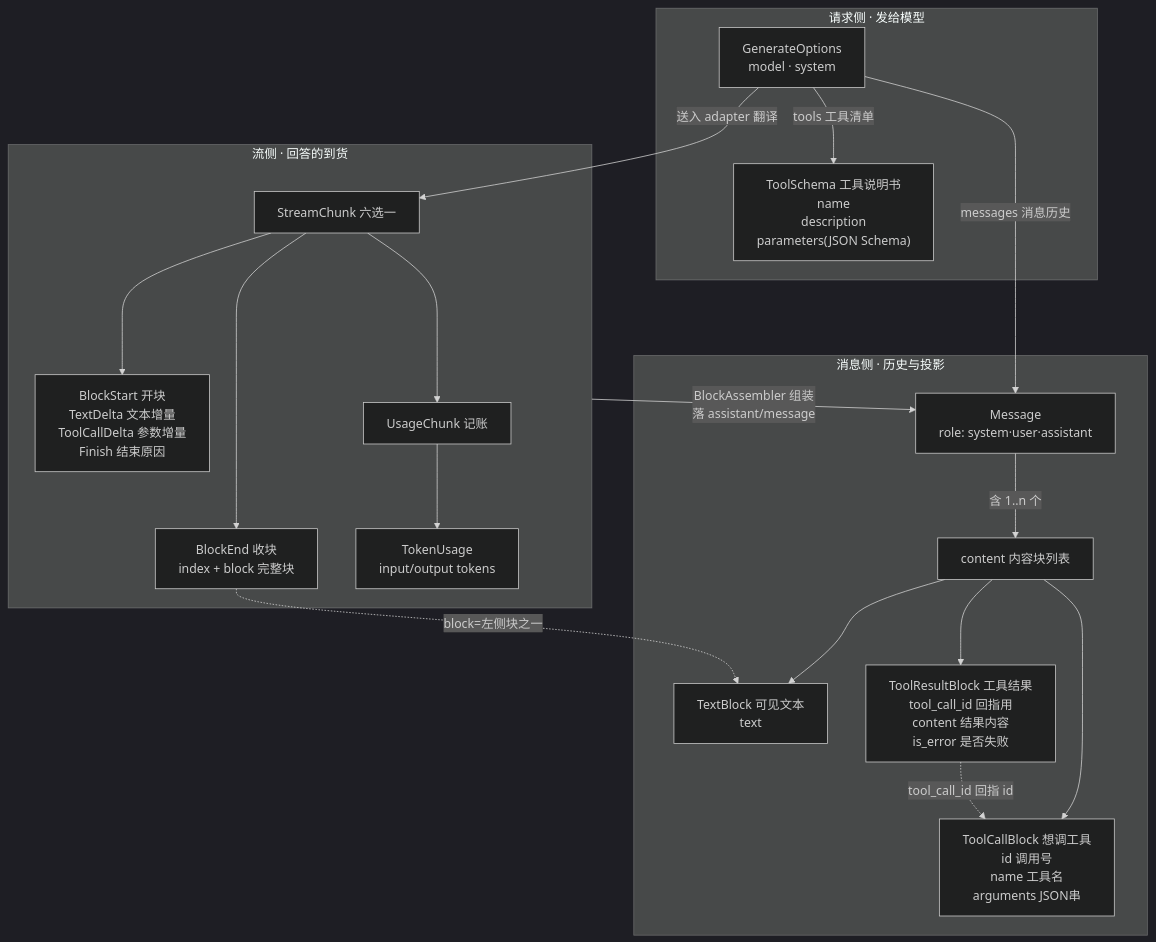
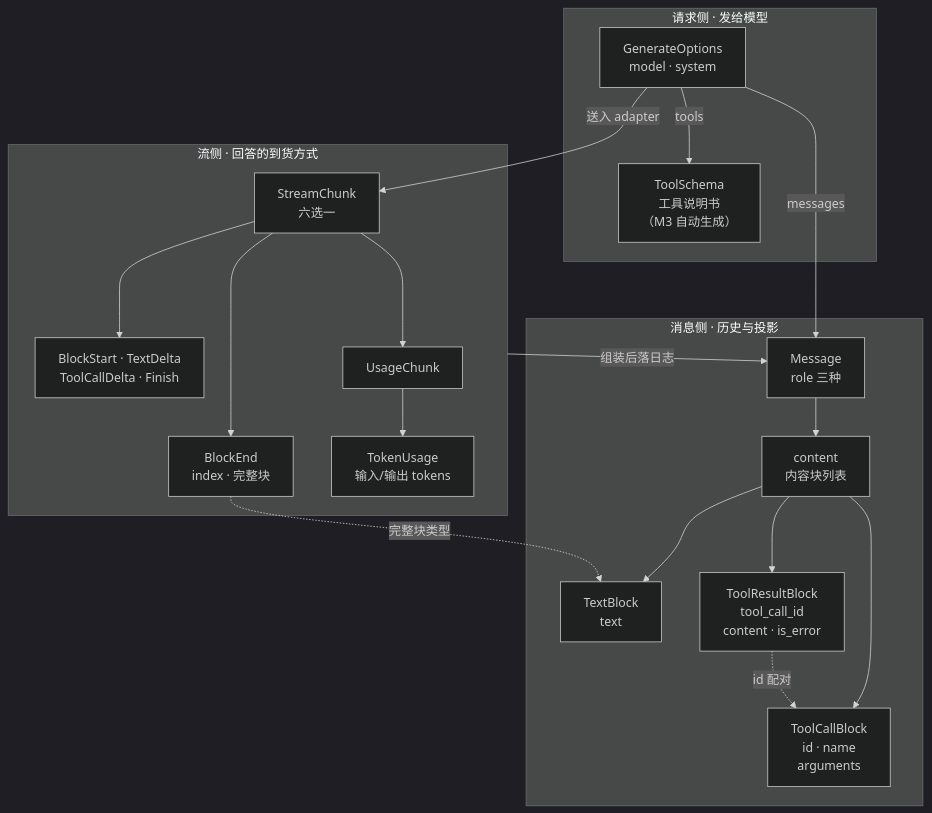
The third of 3 diagrams in notes/00-总览与设计.md (jesongit/learn-dsh), drawn with Mermaid (dark theme) before and after one commit. The commit also changed other lines of this file, not shown here.

Commit message:
docs(00): 词汇地图改回紧凑版，字段细节由下方速查表承载

````diff
--- a/notes/00-总览与设计.md
+++ b/notes/00-总览与设计.md
@@ -144,38 +144,38 @@
 ```mermaid
 %%{init: {"fontFamily": "Microsoft YaHei"}}%%
 flowchart TB
     subgraph REQ["请求侧 · 发给模型"]
         OPT["GenerateOptions<br/>model · system"]
-        TS["ToolSchema 工具说明书<br/>name<br/>description<br/>parameters(JSON Schema)"]
+        TS["ToolSchema<br/>工具说明书<br/>（M3 自动生成）"]
     end
     subgraph MSG["消息侧 · 历史与投影"]
-        M["Message<br/>role: system·user·assistant"]
-        CB["content 内容块列表"]
-        T1["TextBlock 可见文本<br/>text"]
-        T2["ToolCallBlock 想调工具<br/>id 调用号<br/>name 工具名<br/>arguments JSON串"]
-        T3["ToolResultBlock 工具结果<br/>tool_call_id 回指用<br/>content 结果内容<br/>is_error 是否失败"]
+        M["Message<br/>role 三种"]
+        CB["content<br/>内容块列表"]
+        T1["TextBlock<br/>text"]
+        T2["ToolCallBlock<br/>id · name<br/>arguments"]
+        T3["ToolResultBlock<br/>tool_call_id<br/>content · is_error"]
     end
-    subgraph STREAM["流侧 · 回答的到货"]
-        SC["StreamChunk 六选一"]
-        BS["BlockStart 开块<br/>TextDelta 文本增量<br/>ToolCallDelta 参数增量<br/>Finish 结束原因"]
-        BE["BlockEnd 收块<br/>index + block 完整块"]
-        UC["UsageChunk 记账"]
-        TU["TokenUsage<br/>input/output tokens"]
+    subgraph STREAM["流侧 · 回答的到货方式"]
+        SC["StreamChunk<br/>六选一"]
+        BS["BlockStart · TextDelta<br/>ToolCallDelta · Finish"]
+        BE["BlockEnd<br/>index · 完整块"]
+        UC["UsageChunk"]
+        TU["TokenUsage<br/>输入/输出 tokens"]
     end
 
-    OPT -- "messages 消息历史" --> M
-    OPT -- "tools 工具清单" --> TS
-    M -- "含 1..n 个" --> CB
+    OPT -- "messages" --> M
+    OPT -- "tools" --> TS
+    M --> CB
     CB --> T1
     CB --> T2
     CB --> T3
-    T3 -. "tool_call_id 回指 id" .-> T2
+    T3 -. "id 配对" .-> T2
 
-    OPT -- "送入 adapter 翻译" --> SC
+    OPT -- "送入 adapter" --> SC
     SC --> BS
     SC --> BE
     SC --> UC
     UC --> TU
-    BE -. "block=左侧块之一" .-> T1
-    STREAM -- "BlockAssembler 组装<br/>落 assistant/message" --> M
+    BE -. "完整块类型" .-> T1
+    STREAM -- "组装后落日志" --> M
 ```
````
